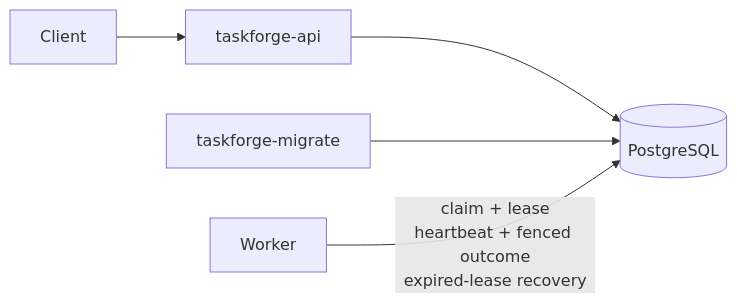
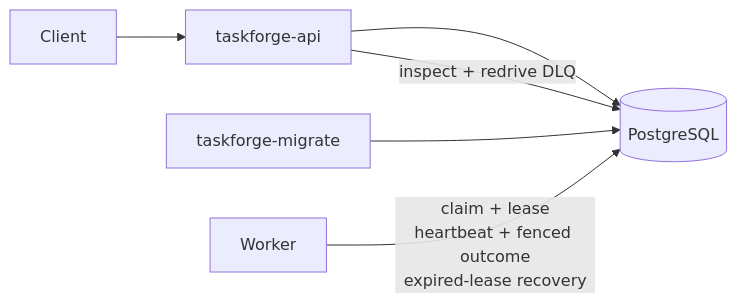
Before and after one commit to Nuryanfa/TaskForge: the first of 2 diagrams in README.md, drawn with Mermaid. The commit also changed other lines of this file and 26 other files, not shown here.

````diff
--- a/README.md
+++ b/README.md
@@ -13,7 +13,8 @@
 ```mermaid
 flowchart LR
     Client["Client"] --> API["taskforge-api"]
     API --> DB[("PostgreSQL")]
+    API -->|"inspect + redrive DLQ"| DB
     Migrator["taskforge-migrate"] --> DB
     Worker -->|"claim + lease<br/>heartbeat + fenced outcome<br/>expired-lease recovery"| DB
 ```
````
